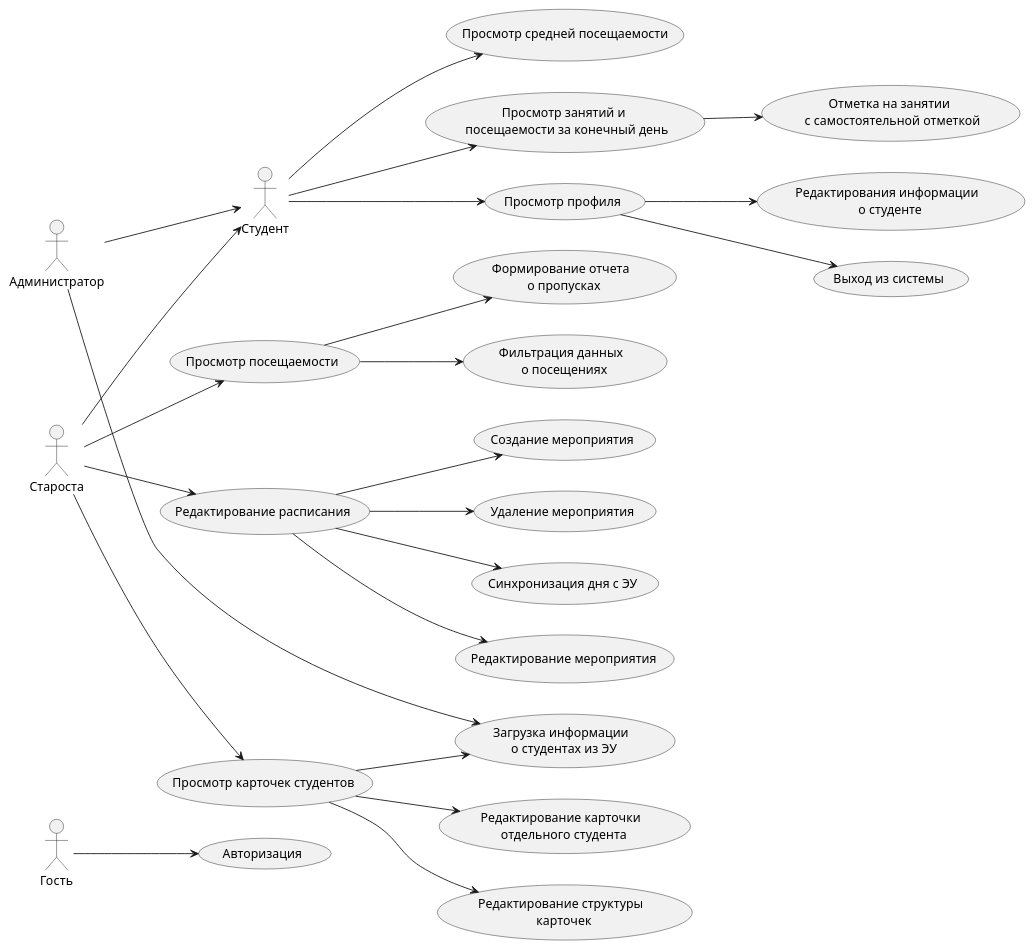
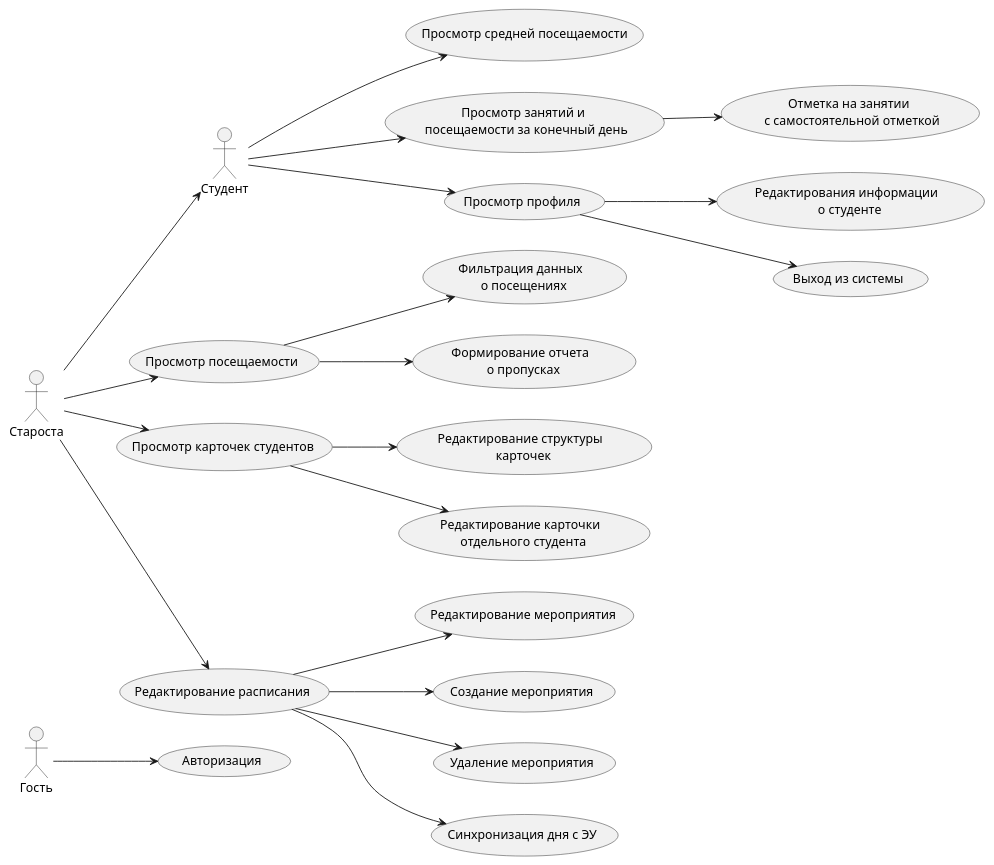
One commit to VolodyaLarin/iu7-backend changed the first of 2 diagrams in readme.md. Above: the diagram before and after it, drawn with PlantUML. The commit also changed other lines of this file, not shown here.

````diff
--- a/readme.md
+++ b/readme.md
@@ -75,39 +48,39 @@
 ```plantuml
 @startuml usecase
 
 left to right direction
 
 :Гость: --> (Авторизация)
 
 :Студент: --> (Просмотр средней посещаемости)
 :Студент: --> (Просмотр занятий и \n посещаемости за конечный день)
 :Студент: --> (Просмотр профиля)
 (Просмотр профиля) --> (Редактирования информации \n о студенте)
 (Просмотр профиля) --> (Выход из системы)
 (Просмотр занятий и \n посещаемости за конечный день) --> (Отметка на занятии \n с самостоятельной отметкой)
 
 
 
 :Староста: --> (Просмотр посещаемости)
 (Просмотр посещаемости) --> (Фильтрация данных \n о посещениях)
 (Просмотр посещаемости) --> (Формирование отчета \n о пропусках)
 :Староста: --> (Просмотр карточек студентов)
 (Просмотр карточек студентов) --> (Редактирование структуры \n карточек)
 (Просмотр карточек студентов) --> (Редактирование карточки \n отдельного студента)
-(Просмотр карточек студентов) --> (Загрузка информации \n о студентах из ЭУ)
+' (Просмотр карточек студентов) --> (Загрузка информации \n о студентах из ЭУ)
 
 
 :Староста: --> (Редактирование расписания)
 (Редактирование расписания) --> (Редактирование мероприятия)
 (Редактирование расписания) --> (Создание мероприятия)
 (Редактирование расписания) --> (Удаление мероприятия)
 (Редактирование расписания) --> (Синхронизация дня с ЭУ)
 
 
-:Администратор: --> (Загрузка информации \n о студентах из ЭУ)
+' :Администратор: --> (Загрузка информации \n о студентах из ЭУ)
 
 :Староста: --> :Студент:
-:Администратор: --> :Студент:
+' :Администратор: --> :Студент:
 
 @enduml
 ```
````
